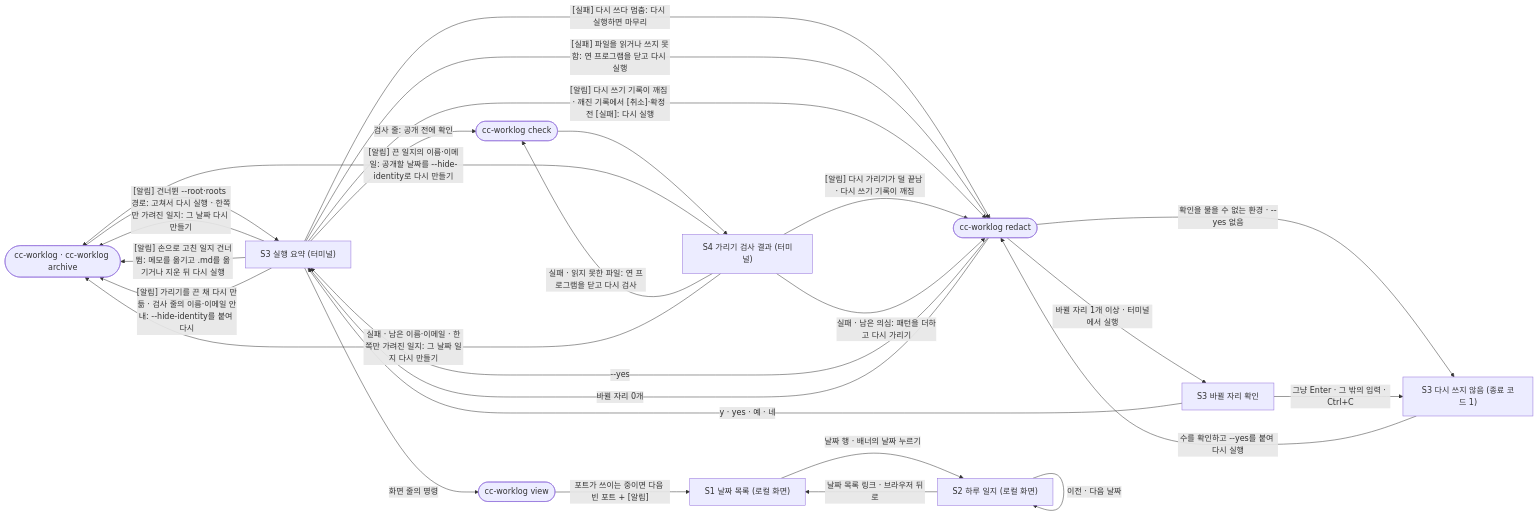
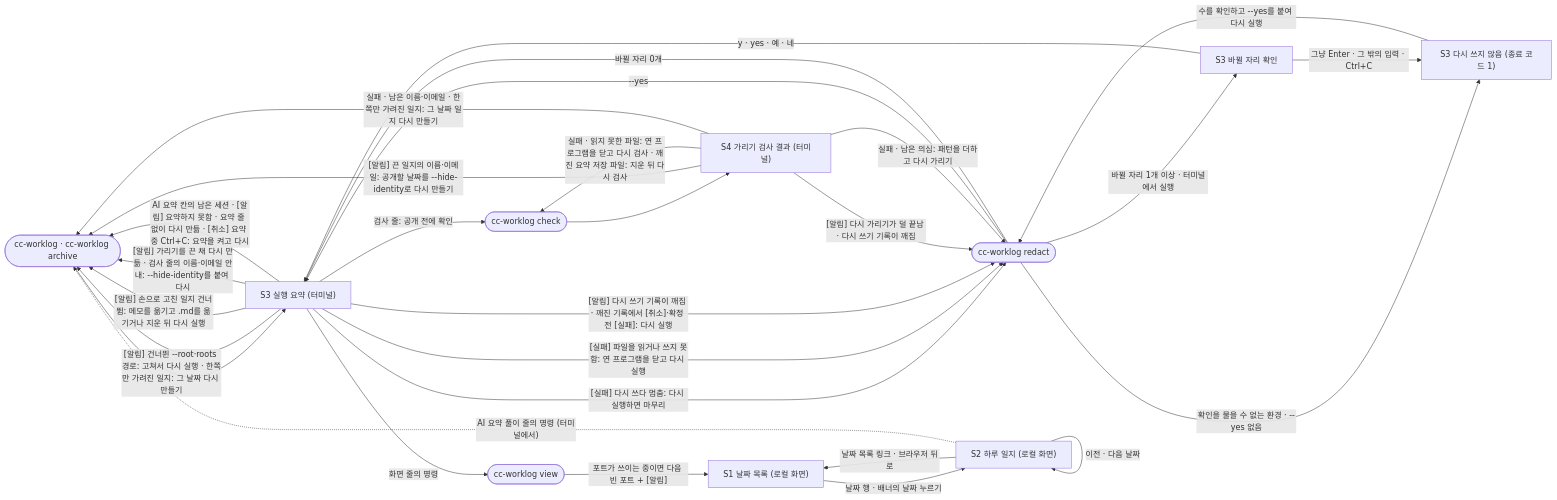
The diagram in docs/DESIGN.md (mick243/Worklog), drawn with Mermaid before and after one commit. The commit also changed other lines of this file and 32 other files, not shown here.

````diff
--- a/docs/DESIGN.md
+++ b/docs/DESIGN.md
@@ -13,29 +16,31 @@
 ```mermaid
 flowchart LR
   A(["cc-worklog · cc-worklog archive"]) --> S3["S3 실행 요약 (터미널)"]
   R(["cc-worklog redact"]) -->|"바뀔 자리 1개 이상 · 터미널에서 실행"| S3Q["S3 바뀔 자리 확인"]
   R -->|"--yes"| S3
   R -->|"바뀔 자리 0개"| S3
   R -->|"확인을 물을 수 없는 환경 · --yes 없음"| S3X["S3 다시 쓰지 않음 (종료 코드 1)"]
   S3Q -->|"y · yes · 예 · 네"| S3
   S3Q -->|"그냥 Enter · 그 밖의 입력 · Ctrl+C"| S3X
   S3X -->|"수를 확인하고 --yes를 붙여 다시 실행"| R
   S3 -->|"[실패] 다시 쓰다 멈춤: 다시 실행하면 마무리"| R
   S3 -->|"[실패] 파일을 읽거나 쓰지 못함: 연 프로그램을 닫고 다시 실행"| R
   S3 -->|"[알림] 다시 쓰기 기록이 깨짐 · 깨진 기록에서 [취소]·확정 전 [실패]: 다시 실행"| R
   S3 -->|"[알림] 건너뛴 --root·roots 경로: 고쳐서 다시 실행 · 한쪽만 가려진 일지: 그 날짜 다시 만들기"| A
   S3 -->|"[알림] 손으로 고친 일지 건너뜀: 메모를 옮기고 .md를 옮기거나 지운 뒤 다시 실행"| A
   S3 -->|"[알림] 가리기를 끈 채 다시 만듦 · 검사 줄의 이름·이메일 안내: --hide-identity를 붙여 다시"| A
+  S3 -->|"AI 요약 칸의 남은 세션 · [알림] 요약하지 못함 · 요약 줄 없이 다시 만듦 · [취소] 요약 중 Ctrl+C: 요약을 켜고 다시"| A
   B(["cc-worklog check"]) --> S4["S4 가리기 검사 결과 (터미널)"]
   S4 -->|"[알림] 끈 일지의 이름·이메일: 공개할 날짜를 --hide-identity로 다시 만들기"| A
   S4 -->|"[알림] 다시 가리기가 덜 끝남 · 다시 쓰기 기록이 깨짐"| R
-  S4 -->|"실패 · 읽지 못한 파일: 연 프로그램을 닫고 다시 검사"| B
+  S4 -->|"실패 · 읽지 못한 파일: 연 프로그램을 닫고 다시 검사 · 깨진 요약 저장 파일: 지운 뒤 다시 검사"| B
   C(["cc-worklog view"]) -->|"포트가 쓰이는 중이면 다음 빈 포트 + [알림]"| S1["S1 날짜 목록 (로컬 화면)"]
   S3 -->|"화면 줄의 명령"| C
   S3 -->|"검사 줄: 공개 전에 확인"| B
   S4 -->|"실패 · 남은 의심: 패턴을 더하고 다시 가리기"| R
   S4 -->|"실패 · 남은 이름·이메일 · 한쪽만 가려진 일지: 그 날짜 일지 다시 만들기"| A
   S1 -->|"날짜 행 · 배너의 날짜 누르기"| S2["S2 하루 일지 (로컬 화면)"]
   S2 -->|"날짜 목록 링크 · 브라우저 뒤로"| S1
   S2 -->|"이전 · 다음 날짜"| S2
+  S2 -.->|"AI 요약 풀이 줄의 명령 (터미널에서)"| A
 ```
````
